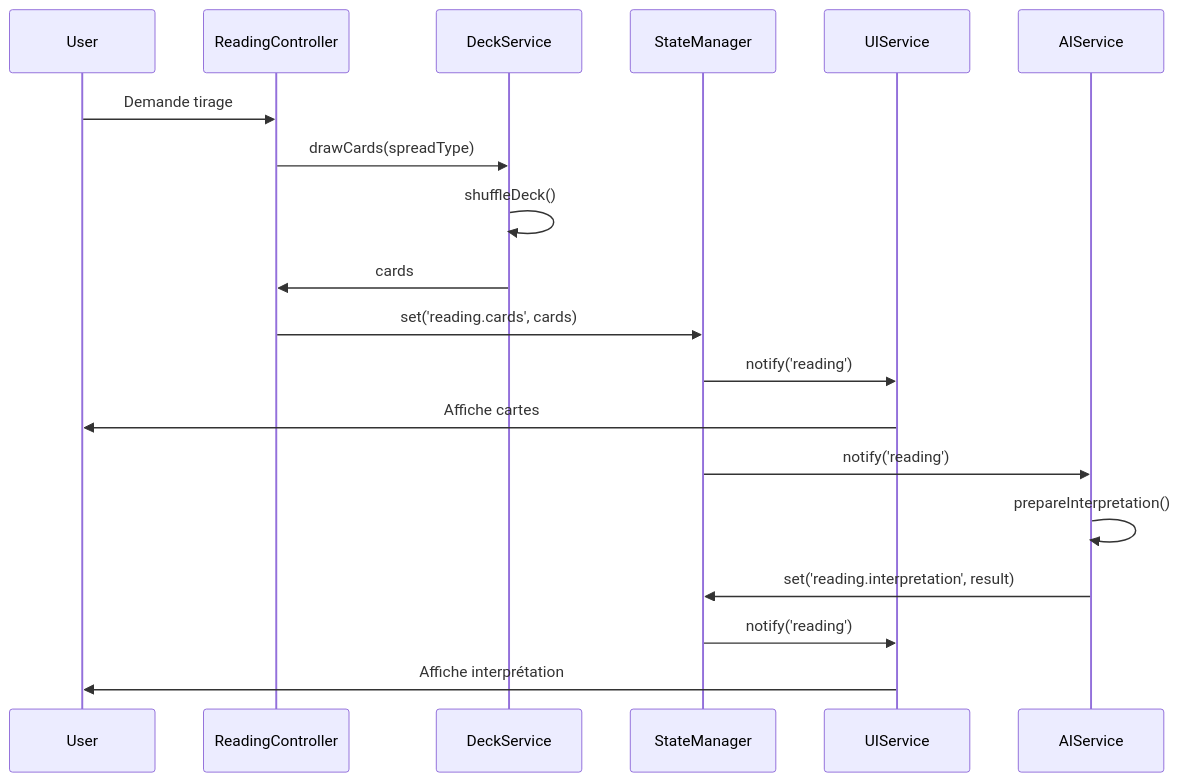
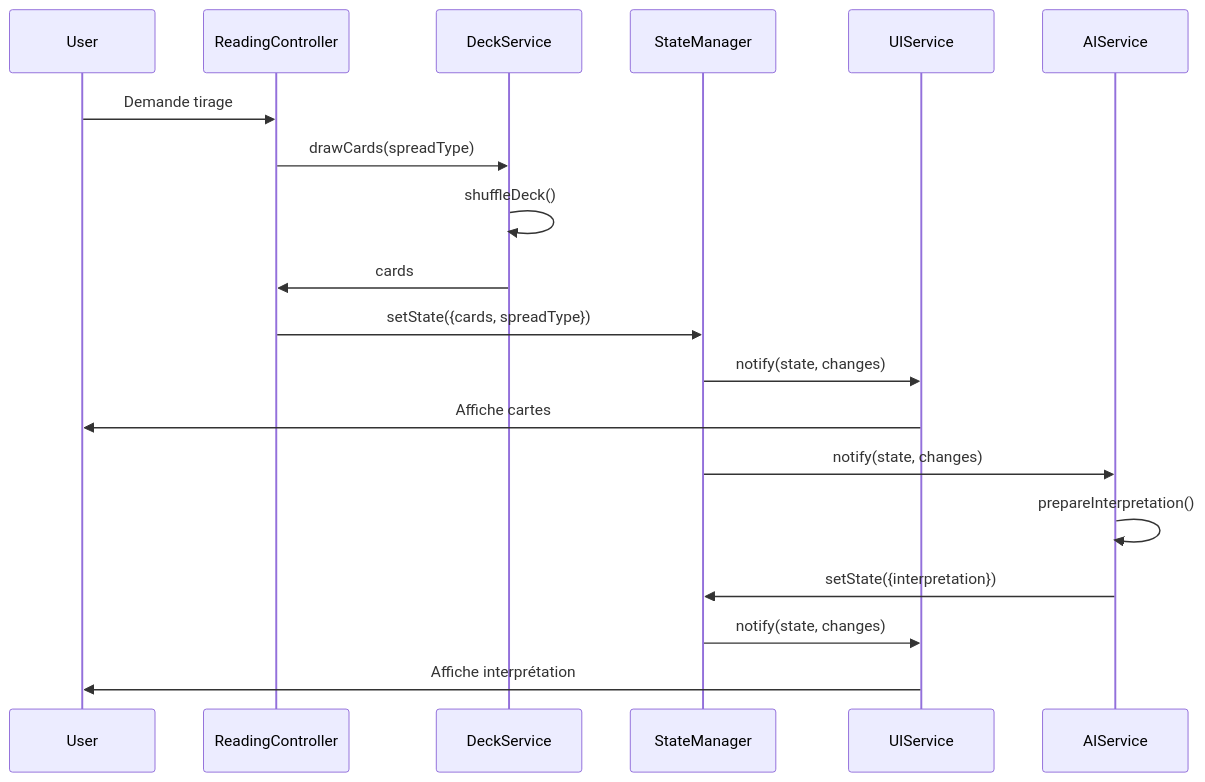
One commit to habib256/jodotarot changed the second of 3 diagrams in docs/architecture/interactions-composants.md. Above: the diagram before and after it, drawn with Mermaid. The commit also changed other lines of this file and 27 other files, not shown here.

````diff
--- a/docs/architecture/interactions-composants.md
+++ b/docs/architecture/interactions-composants.md
@@ -125,22 +133,22 @@
 ```mermaid
 sequenceDiagram
     participant User
     participant RC as ReadingController
     participant DS as DeckService
     participant SM as StateManager
     participant US as UIService
     participant AIS as AIService
     
     User->>RC: Demande tirage
     RC->>DS: drawCards(spreadType)
     DS->>DS: shuffleDeck()
     DS->>RC: cards
-    RC->>SM: set('reading.cards', cards)
-    SM->>US: notify('reading')
+    RC->>SM: setState({cards, spreadType})
+    SM->>US: notify(state, changes)
     US->>User: Affiche cartes
-    SM->>AIS: notify('reading')
+    SM->>AIS: notify(state, changes)
     AIS->>AIS: prepareInterpretation()
-    AIS->>SM: set('reading.interpretation', result)
-    SM->>US: notify('reading')
+    AIS->>SM: setState({interpretation})
+    SM->>US: notify(state, changes)
     US->>User: Affiche interprétation
 ```
````
